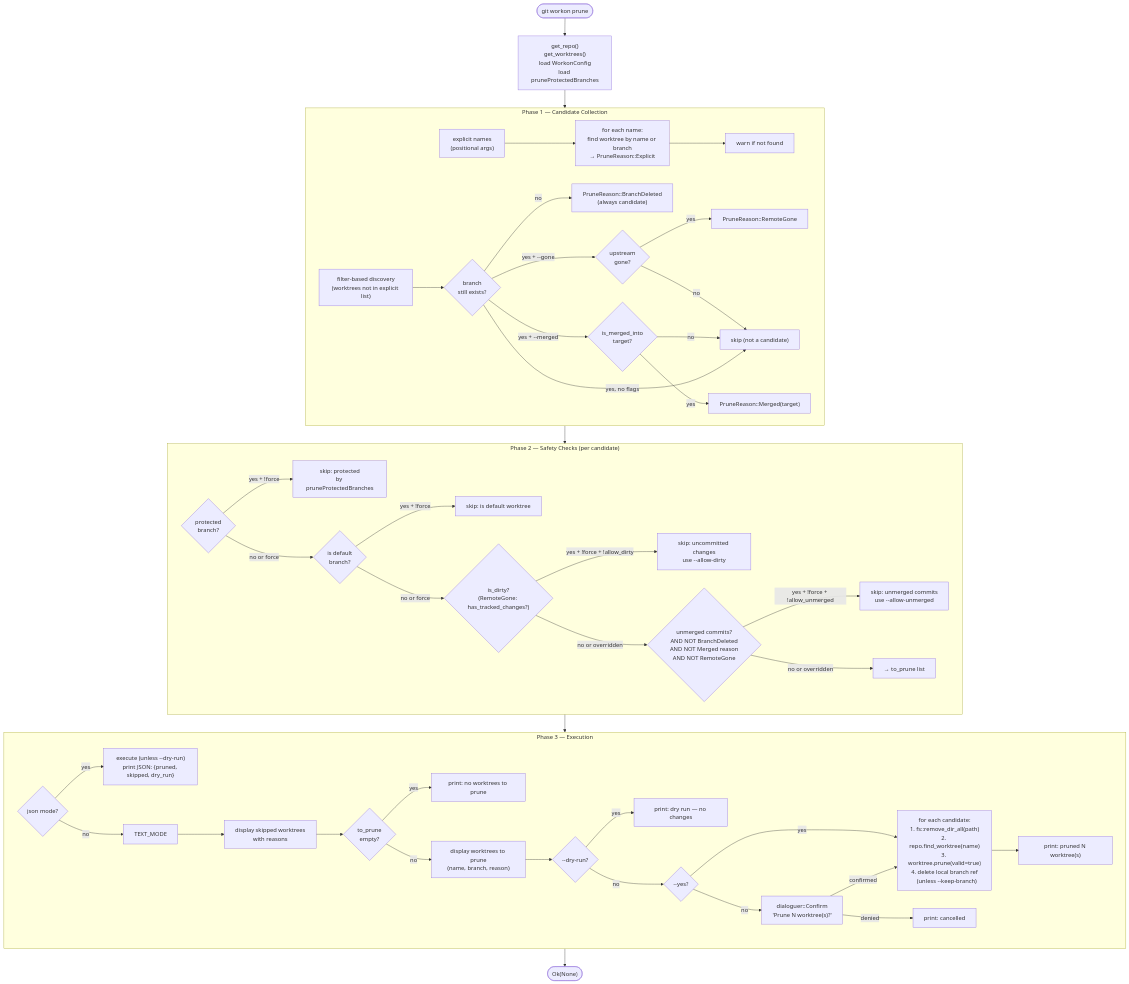
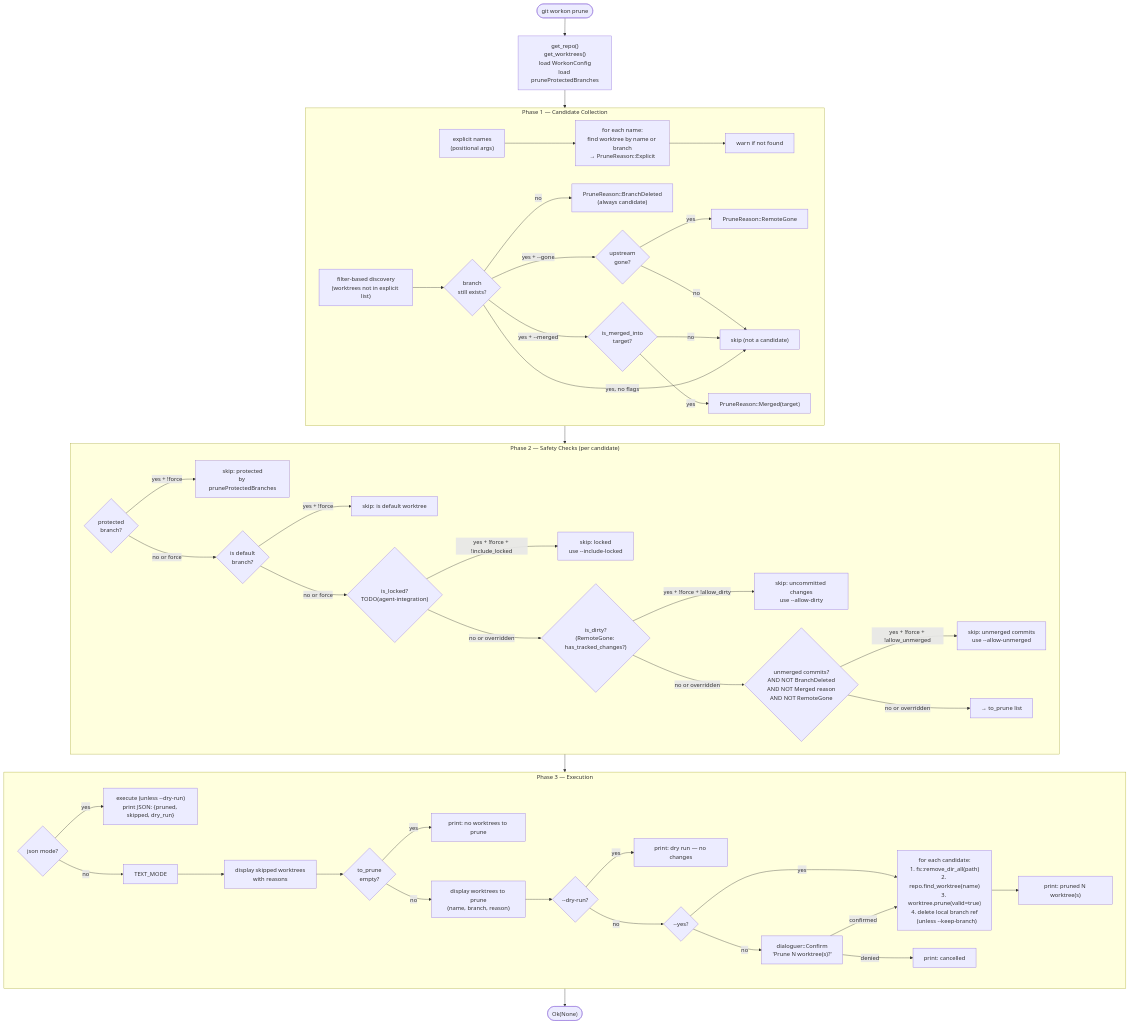
One commit to lettertwo/git-workon changed the diagram in docs/diagrams/prune-flow.md. Above: the diagram before and after it, drawn with Mermaid. The commit also changed other lines of this file and 5 other files, not shown here.

Commit message:
feat(cli): add --include-locked to prune and is_locked to JSON output

````diff
--- a/docs/diagrams/prune-flow.md
+++ b/docs/diagrams/prune-flow.md
@@ -5,70 +5,74 @@
 ```mermaid
 flowchart TD
     START([git workon prune]) --> SETUP["get_repo()\nget_worktrees()\nload WorkonConfig\nload pruneProtectedBranches"]
 
     subgraph PHASE1["Phase 1 — Candidate Collection"]
         P1A["explicit names\n(positional args)"]
         P1B["filter-based discovery\n(worktrees not in explicit list)"]
 
         P1A --> EXP_SCAN["for each name:\nfind worktree by name or branch\n→ PruneReason::Explicit"]
         EXP_SCAN --> EXP_WARN["warn if not found"]
 
         P1B --> BRANCH_EXISTS{branch\nstill exists?}
         BRANCH_EXISTS -->|no| CAND_DELETED["PruneReason::BranchDeleted\n(always candidate)"]
         BRANCH_EXISTS -->|yes + --gone| UPSTREAM_GONE{upstream\ngone?}
         UPSTREAM_GONE -->|yes| CAND_GONE["PruneReason::RemoteGone"]
         UPSTREAM_GONE -->|no| SKIP_P1["skip (not a candidate)"]
         BRANCH_EXISTS -->|yes + --merged| MERGED_CHECK{is_merged_into\ntarget?}
         MERGED_CHECK -->|yes| CAND_MERGED["PruneReason::Merged(target)"]
         MERGED_CHECK -->|no| SKIP_P1
         BRANCH_EXISTS -->|"yes, no flags"| SKIP_P1
     end
 
     SETUP --> PHASE1
     PHASE1 --> PHASE2
 
     subgraph PHASE2["Phase 2 — Safety Checks (per candidate)"]
         S1{protected\nbranch?}
         S1 -->|"yes + !force"| SKIP_PROTECTED["skip: protected\nby pruneProtectedBranches"]
         S1 -->|no or force| S2
 
         S2{is default\nbranch?}
         S2 -->|"yes + !force"| SKIP_DEFAULT["skip: is default worktree"]
-        S2 -->|no or force| S3
+        S2 -->|no or force| S2B
+
+        S2B{"is_locked?\nTODO(agent-integration)"}
+        S2B -->|"yes + !force + !include_locked"| SKIP_LOCKED["skip: locked\nuse --include-locked"]
+        S2B -->|no or overridden| S3
 
         S3{"is_dirty?\n(RemoteGone: has_tracked_changes?)"}
         S3 -->|"yes + !force + !allow_dirty"| SKIP_DIRTY["skip: uncommitted changes\nuse --allow-dirty"]
         S3 -->|no or overridden| S4
 
         S4{unmerged commits?\nAND NOT BranchDeleted\nAND NOT Merged reason\nAND NOT RemoteGone}
         S4 -->|"yes + !force + !allow_unmerged"| SKIP_UNMERGED["skip: unmerged commits\nuse --allow-unmerged"]
         S4 -->|no or overridden| KEEP["→ to_prune list"]
     end
 
     PHASE2 --> PHASE3
 
     subgraph PHASE3["Phase 3 — Execution"]
         J{json mode?}
         J -->|yes| JSON_EXEC["execute (unless --dry-run)\nprint JSON: {pruned, skipped, dry_run}"]
         J -->|no| TEXT_MODE
 
         TEXT_MODE --> SHOW_SKIP["display skipped worktrees\nwith reasons"]
         SHOW_SKIP --> EMPTY2{to_prune\nempty?}
         EMPTY2 -->|yes| MSG_NONE["print: no worktrees to prune"]
         EMPTY2 -->|no| SHOW_LIST["display worktrees to prune\n(name, branch, reason)"]
 
         SHOW_LIST --> DRY{--dry-run?}
         DRY -->|yes| MSG_DRY["print: dry run — no changes"]
         DRY -->|no| CONFIRM{--yes?}
 
         CONFIRM -->|no| DIALOG["dialoguer::Confirm\n'Prune N worktree(s)?'"]
         DIALOG -->|confirmed| EXEC
         DIALOG -->|denied| MSG_CANCEL["print: cancelled"]
         CONFIRM -->|yes| EXEC
 
         EXEC["for each candidate:\n1. fs::remove_dir_all(path)\n2. repo.find_worktree(name)\n3. worktree.prune(valid=true)\n4. delete local branch ref\n   (unless --keep-branch)"]
         EXEC --> MSG_OK["print: pruned N worktree(s)"]
     end
 
     PHASE3 --> DONE(["Ok(None)"])
 ```
````
